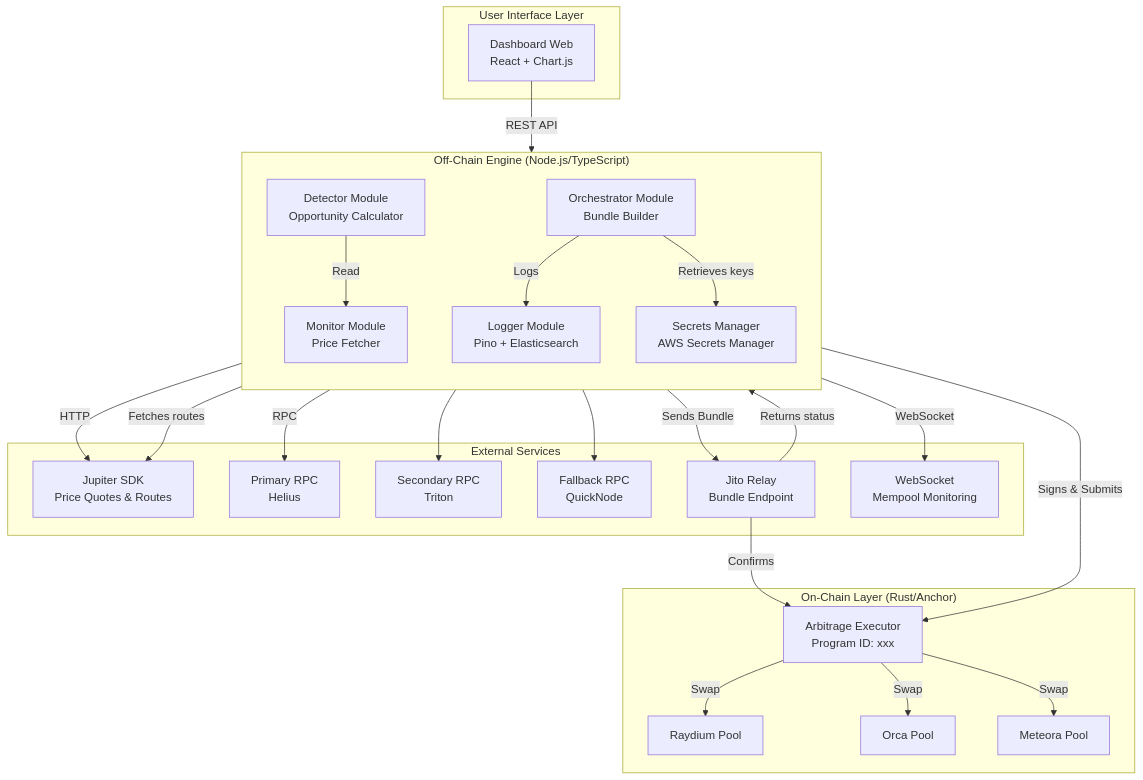
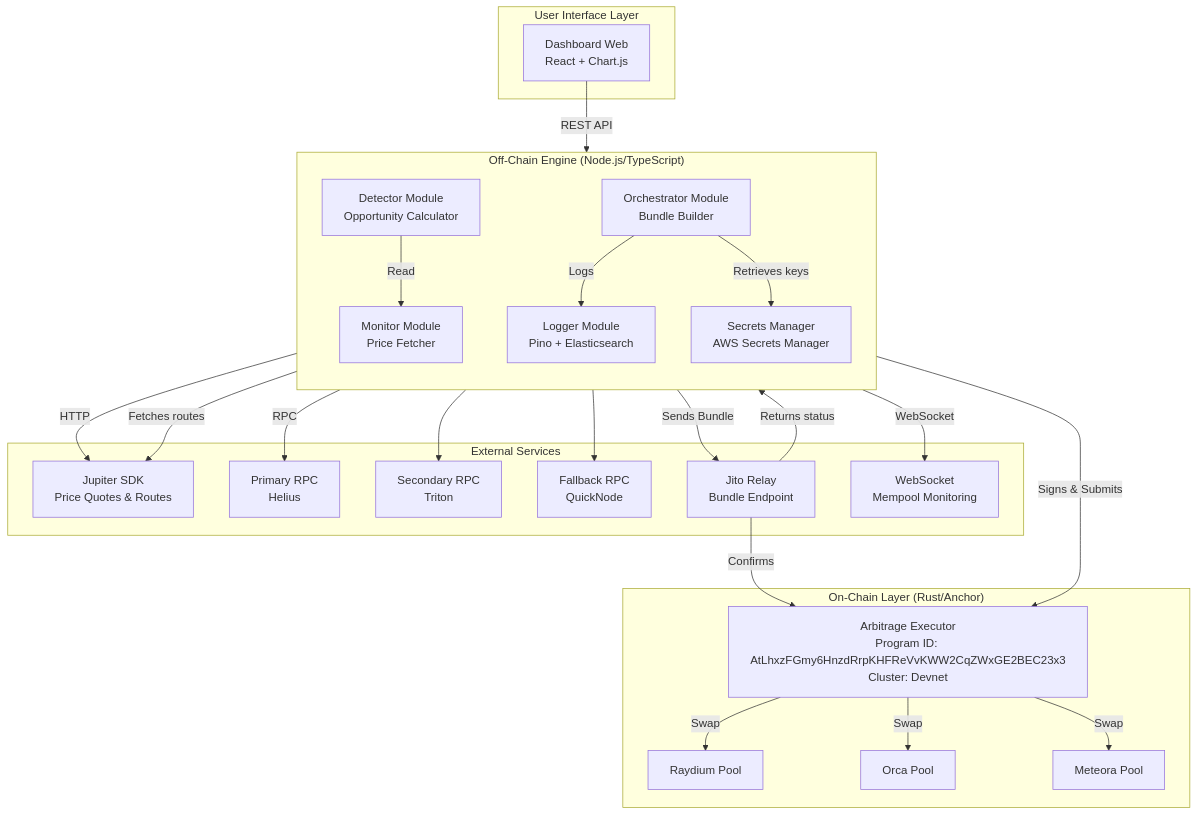
One commit to ybotet/jupiter-bot changed the first of 4 diagrams in ARCHITECTURE.md. Above: the diagram before and after it, drawn with Mermaid. The commit also changed 4062 other files, not shown here.

````diff
--- a/ARCHITECTURE.md
+++ b/ARCHITECTURE.md
@@ -11,49 +11,49 @@
 ```mermaid
 flowchart TB
     subgraph "User Interface Layer"
         UI[Dashboard Web<br/>React + Chart.js]
     end
 
     subgraph "Off-Chain Engine (Node.js/TypeScript)"
         direction TB
         MON[Monitor Module<br/>Price Fetcher]
         DET[Detector Module<br/>Opportunity Calculator]
         ORC[Orchestrator Module<br/>Bundle Builder]
         LOG[Logger Module<br/>Pino + Elasticsearch]
         SEC[Secrets Manager<br/>AWS Secrets Manager]
     end
 
     subgraph "External Services"
         JUP[Jupiter SDK<br/>Price Quotes & Routes]
         RPC1[Primary RPC<br/>Helius]
         RPC2[Secondary RPC<br/>Triton]
         RPC3[Fallback RPC<br/>QuickNode]
         JITO[Jito Relay<br/>Bundle Endpoint]
         WS[WebSocket<br/>Mempool Monitoring]
     end
 
     subgraph "On-Chain Layer (Rust/Anchor)"
-        CONTRACT[Arbitrage Executor<br/>Program ID: xxx]
+        CONTRACT[Arbitrage Executor<br/>Program ID: AtLhxzFGmy6HnzdRrpKHFReVvKWW2CqZWxGE2BEC23x3<br/>Cluster: Devnet]
         RAY[Raydium Pool]
         ORCA[Orca Pool]
         MET[Meteora Pool]
     end
 
     UI -->|REST API| ORC
     MON -->|HTTP| JUP
     MON -->|WebSocket| WS
     MON -->|RPC| RPC1
     MON --> RPC2
     MON --> RPC3
     DET -->|Read| MON
     ORC -->|Fetches routes| JUP
     ORC -->|Sends Bundle| JITO
     ORC -->|Signs & Submits| CONTRACT
     ORC -->|Logs| LOG
     ORC -->|Retrieves keys| SEC
     CONTRACT -->|Swap| RAY
     CONTRACT -->|Swap| ORCA
     CONTRACT -->|Swap| MET
     JITO -->|Confirms| CONTRACT
     JITO -->|Returns status| ORC
 ```
````
